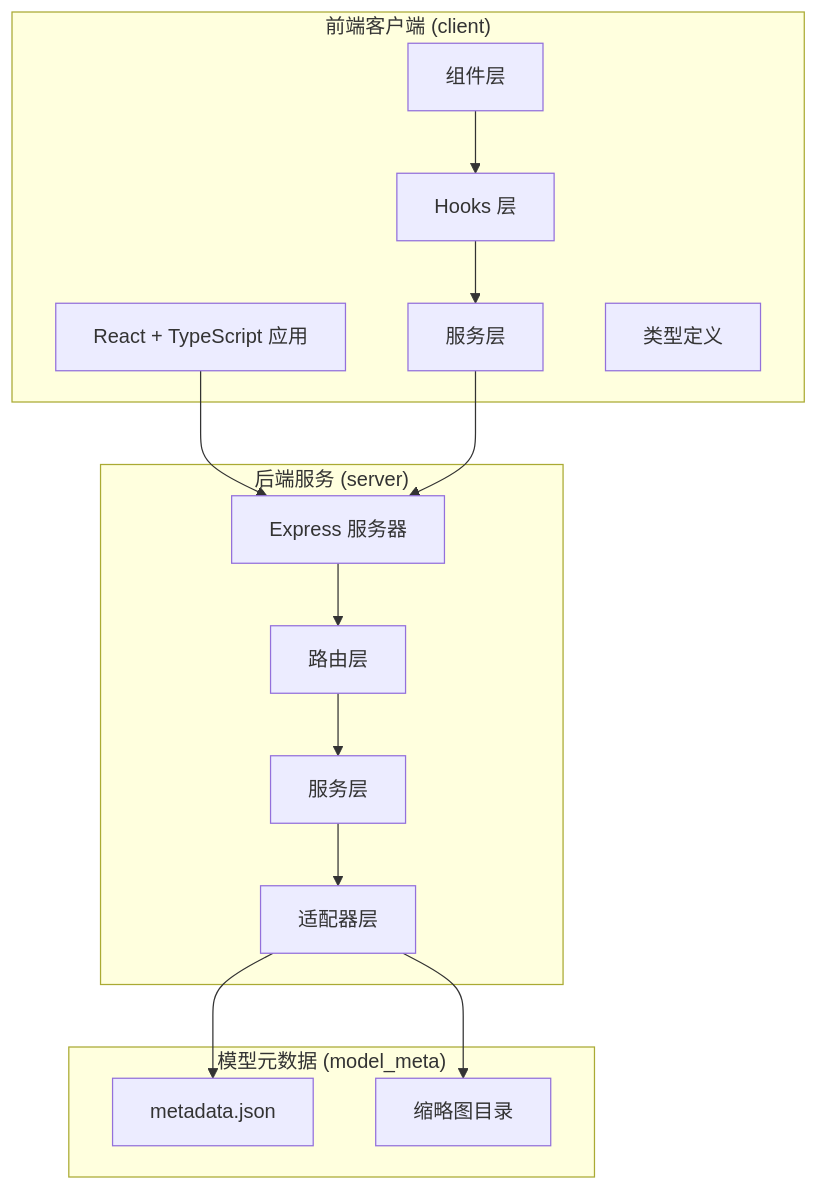
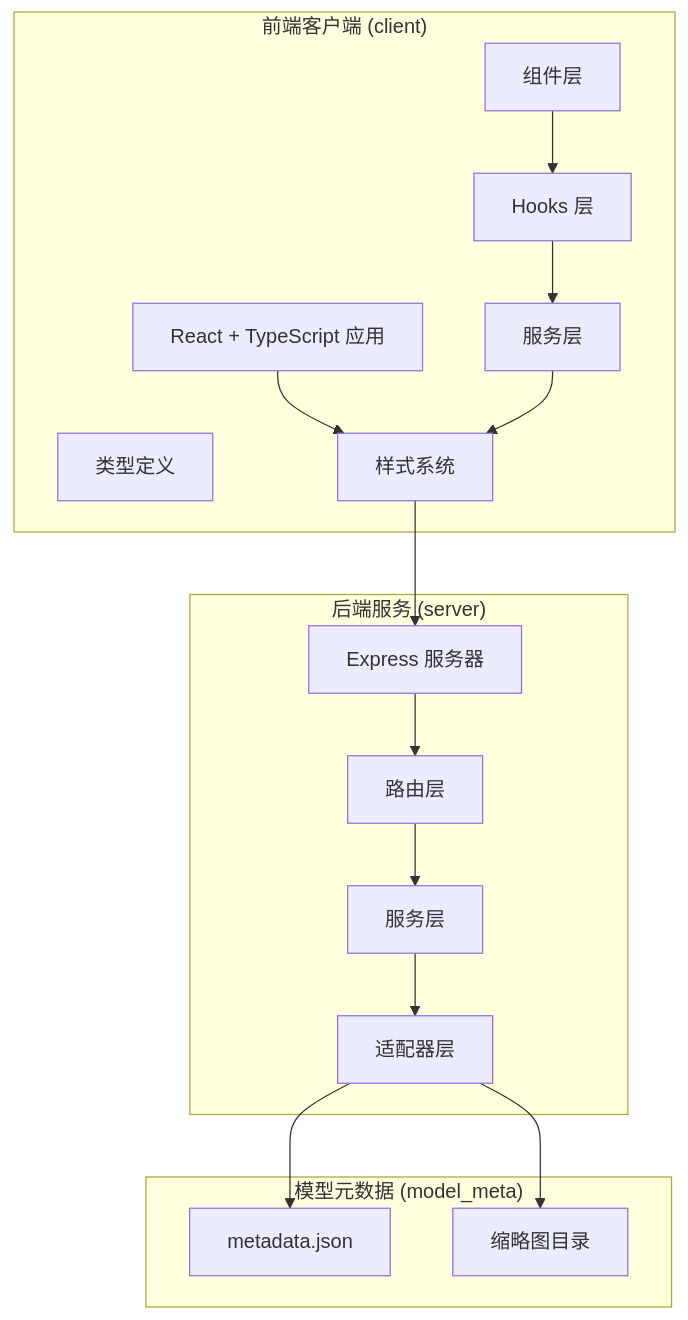
One commit to billye220670/CorineKit_Pix2Real changed the first of 5 diagrams in .qoder/repowiki/zh/content/Model Select Component.md. Above: the diagram before and after it, drawn with Mermaid. The commit also changed other lines of this file and 10 other files, not shown here.

Commit message:
feat: LoRA触发词右键上下文菜单与未使用检测 - 新增PromptContextMenu多层级右键菜单组件 - 移除侧边栏LoRA触发词文本显示，改为未使用时黄色警告图标 - 提示词输入框右键弹出菜单，支持插入LoRA触发词和标签分类数据 - Text2ImgSidebar和ZITSidebar同步更新

````diff
--- a/.qoder/repowiki/zh/content/Model Select Component.md
+++ b/.qoder/repowiki/zh/content/Model Select Component.md
@@ -44,29 +46,31 @@
 ```mermaid
 graph TB
 subgraph "前端客户端 (client)"
 A[React + TypeScript 应用]
 B[组件层]
 C[Hooks 层]
 D[服务层]
 E[类型定义]
+F[样式系统]
 end
 subgraph "后端服务 (server)"
-F[Express 服务器]
-G[路由层]
-H[服务层]
-I[适配器层]
+G[Express 服务器]
+H[路由层]
+I[服务层]
+J[适配器层]
 end
 subgraph "模型元数据 (model_meta)"
-J[metadata.json]
-K[缩略图目录]
+K[metadata.json]
+L[缩略图目录]
 end
 A --> F
 B --> C
 C --> D
 D --> F
 F --> G
 G --> H
 H --> I
 I --> J
-I --> K
+J --> K
+J --> L
 ```
````
